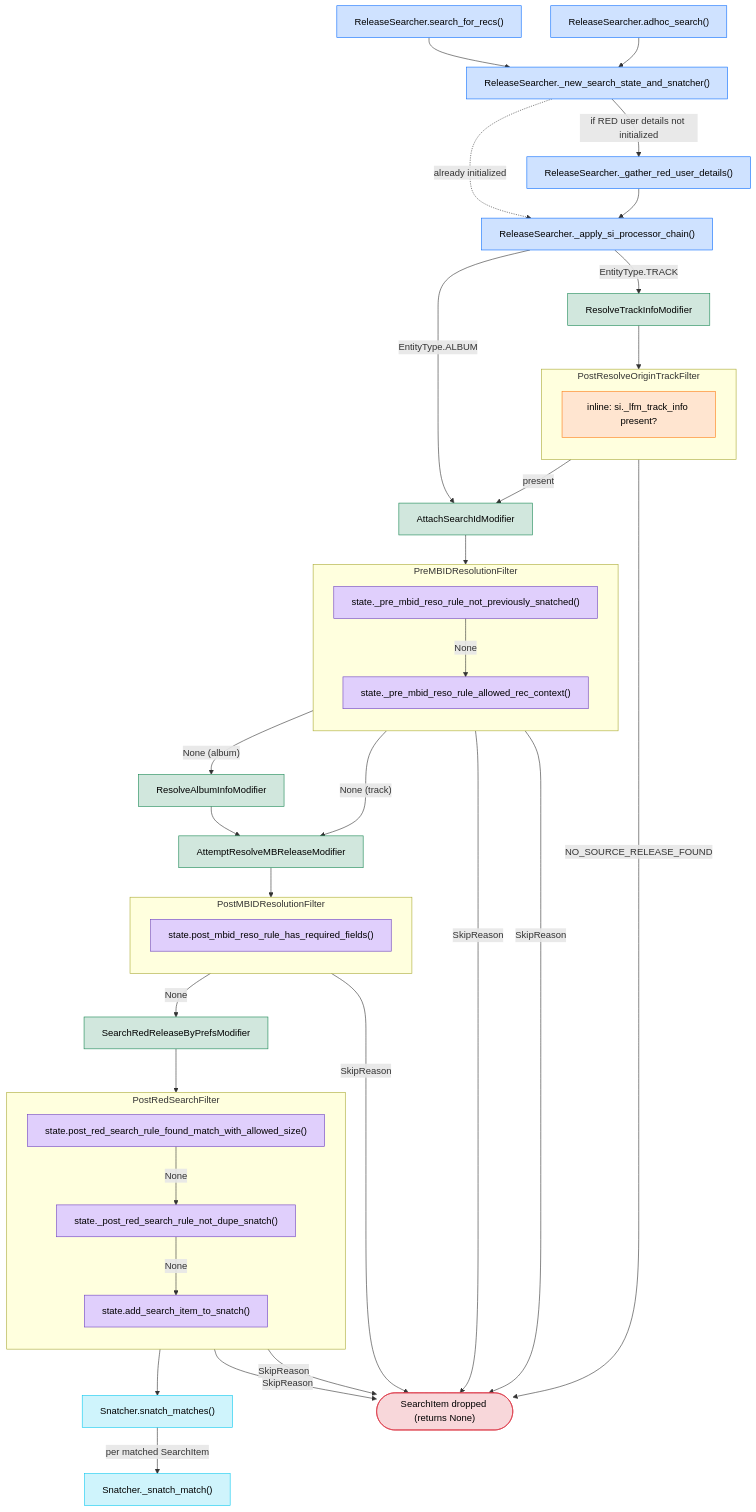
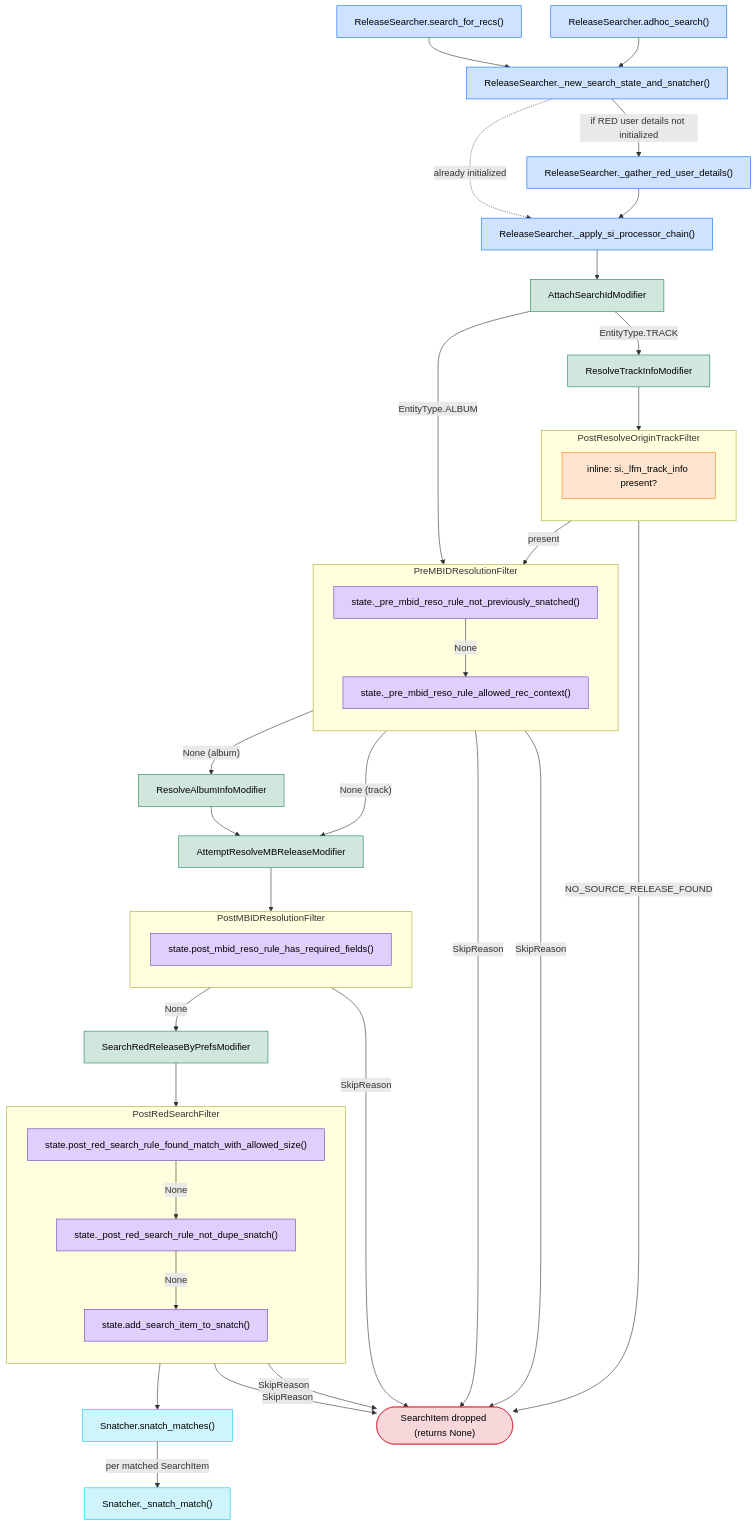
The second of 2 diagrams in plastered/release_search/search_process_overview.md (windexvalence/plastered), drawn with Mermaid before and after one commit. The commit also changed other lines of this file, not shown here.

First line of the commit message:
Fix search-process diagrams: AttachSearchIdModifier runs first in track chain

```diff
--- a/plastered/release_search/search_process_overview.md
+++ b/plastered/release_search/search_process_overview.md
@@ -123,8 +123,8 @@
     NEW_STATE -.->|"already initialized"| APPLY
     GRUD --> APPLY
 
-    APPLY -->|"EntityType.ALBUM"| ATTACH
-    APPLY -->|"EntityType.TRACK"| RESOLVE_TRACK
+    APPLY --> ATTACH
+    ATTACH -->|"EntityType.TRACK"| RESOLVE_TRACK
 
     %% ── PostResolveOriginTrackFilter (track only, inline rule) ──
     subgraph TF0["PostResolveOriginTrackFilter"]
@@ -132,7 +132,6 @@
         TS_in["inline: si._lfm_track_info present?"]
     end
     RESOLVE_TRACK --> TS_in
-    TS_in -->|present| ATTACH
     TS_in -->|NO_SOURCE_RELEASE_FOUND| DROP
 
     %% ── PreMBIDResolutionFilter ──
@@ -142,7 +141,8 @@
         S_context["state._pre_mbid_reso_rule_allowed_rec_context()"]
         S_snatched -->|None| S_context
     end
-    ATTACH --> S_snatched
+    ATTACH -->|"EntityType.ALBUM"| S_snatched
+    TS_in -->|present| S_snatched
     S_context -->|"None (album)"| RESOLVE_ALBUM
     S_context -->|"None (track)"| ATTEMPT_MB
     RESOLVE_ALBUM --> ATTEMPT_MB
```
